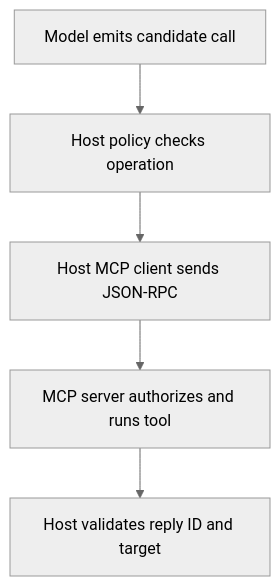
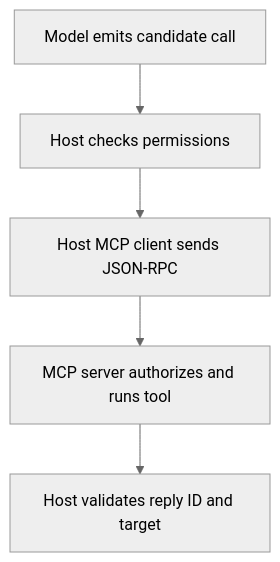
The diagram in web/src/content/agents/mcp-tool-protocol-standards/content.md (bvolpato/leetllm), drawn with Mermaid (neutral theme) before and after one commit. The commit also changed other lines of this file and 23 other files, not shown here.

````diff
--- a/web/src/content/agents/mcp-tool-protocol-standards/content.md
+++ b/web/src/content/agents/mcp-tool-protocol-standards/content.md
@@ -149,12 +143,12 @@
 ```mermaid
 flowchart TD
     M["Model emits candidate call"]:::secondary
-    P["Host policy checks operation"]:::warning
+    P["Host checks permissions"]:::warning
     C["Host MCP client sends JSON-RPC"]:::secondary
     S["MCP server authorizes and runs tool"]:::success
     V["Host validates reply ID and target"]:::warning
     M --> P
     P --> C
     C --> S
     S --> V
 ```
````
